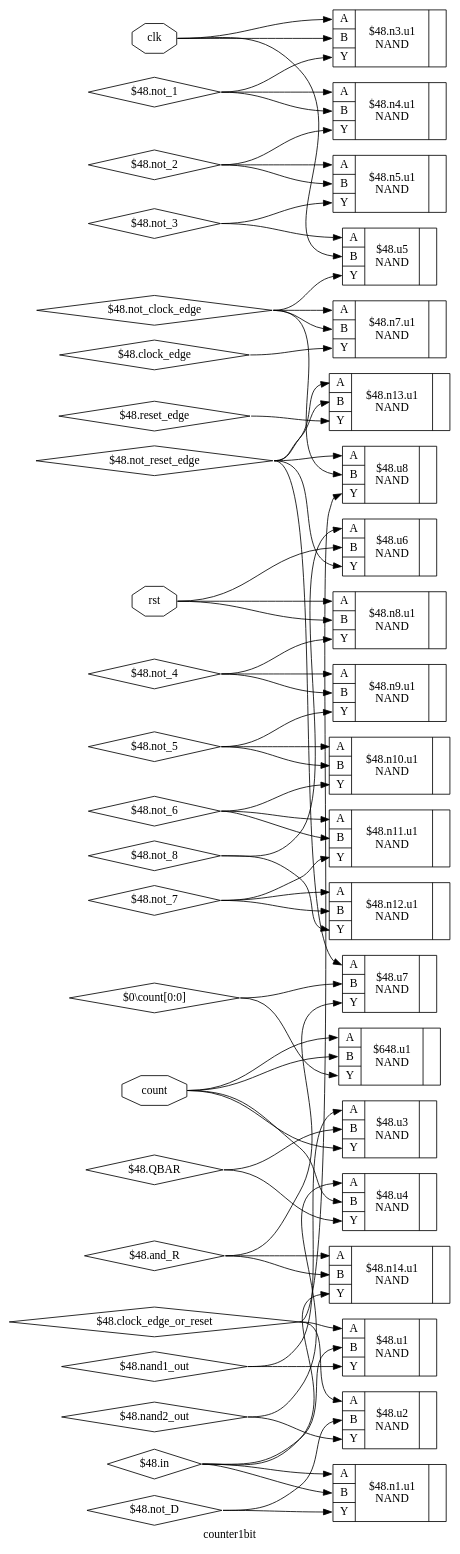
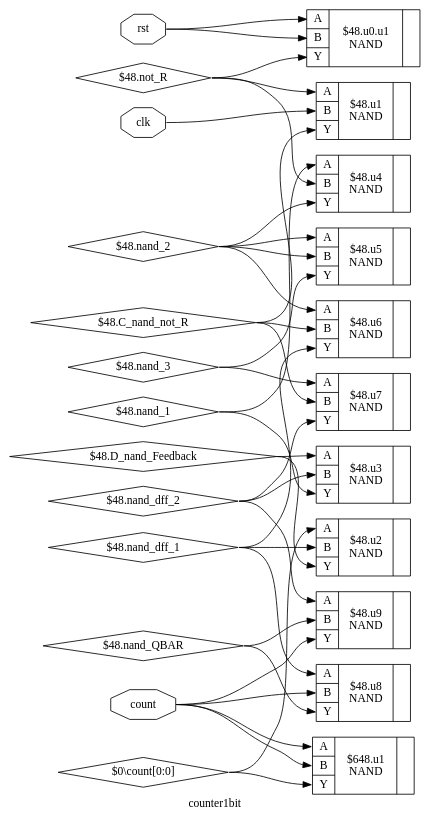
One commit to OuDret/OnlyNandYosysSynth changed the diagram in OnlyNandYosysSynth/output/counter1bit_netlist.dot. Above: the diagram before and after it, drawn with Graphviz. The commit also changed 23 other files, not shown here.

```diff
--- a/OnlyNandYosysSynth/output/counter1bit_netlist.dot
+++ b/OnlyNandYosysSynth/output/counter1bit_netlist.dot
@@ -1,112 +1,62 @@
 digraph "counter1bit" {
 label="counter1bit";
 rankdir="LR";
 remincross=true;
-n21 [ shape=octagon, label="clk", color="black", fontcolor="black" ];
-n22 [ shape=octagon, label="count", color="black", fontcolor="black" ];
-n23 [ shape=octagon, label="rst", color="black", fontcolor="black" ];
-c27 [ shape=record, label="{{<p24> A|<p25> B|<p26> Y}|$648.u1\nNAND|{}}" ];
-c28 [ shape=record, label="{{<p24> A|<p25> B|<p26> Y}|$48.n1.u1\nNAND|{}}" ];
-c29 [ shape=record, label="{{<p24> A|<p25> B|<p26> Y}|$48.n10.u1\nNAND|{}}" ];
-c30 [ shape=record, label="{{<p24> A|<p25> B|<p26> Y}|$48.n11.u1\nNAND|{}}" ];
-c31 [ shape=record, label="{{<p24> A|<p25> B|<p26> Y}|$48.n12.u1\nNAND|{}}" ];
-c32 [ shape=record, label="{{<p24> A|<p25> B|<p26> Y}|$48.n13.u1\nNAND|{}}" ];
-c33 [ shape=record, label="{{<p24> A|<p25> B|<p26> Y}|$48.n14.u1\nNAND|{}}" ];
-c34 [ shape=record, label="{{<p24> A|<p25> B|<p26> Y}|$48.n3.u1\nNAND|{}}" ];
-c35 [ shape=record, label="{{<p24> A|<p25> B|<p26> Y}|$48.n4.u1\nNAND|{}}" ];
-c36 [ shape=record, label="{{<p24> A|<p25> B|<p26> Y}|$48.n5.u1\nNAND|{}}" ];
-c37 [ shape=record, label="{{<p24> A|<p25> B|<p26> Y}|$48.n7.u1\nNAND|{}}" ];
-c38 [ shape=record, label="{{<p24> A|<p25> B|<p26> Y}|$48.n8.u1\nNAND|{}}" ];
-c39 [ shape=record, label="{{<p24> A|<p25> B|<p26> Y}|$48.n9.u1\nNAND|{}}" ];
-c40 [ shape=record, label="{{<p24> A|<p25> B|<p26> Y}|$48.u1\nNAND|{}}" ];
-c41 [ shape=record, label="{{<p24> A|<p25> B|<p26> Y}|$48.u2\nNAND|{}}" ];
-c42 [ shape=record, label="{{<p24> A|<p25> B|<p26> Y}|$48.u3\nNAND|{}}" ];
-c43 [ shape=record, label="{{<p24> A|<p25> B|<p26> Y}|$48.u4\nNAND|{}}" ];
-c44 [ shape=record, label="{{<p24> A|<p25> B|<p26> Y}|$48.u5\nNAND|{}}" ];
-c45 [ shape=record, label="{{<p24> A|<p25> B|<p26> Y}|$48.u6\nNAND|{}}" ];
-c46 [ shape=record, label="{{<p24> A|<p25> B|<p26> Y}|$48.u7\nNAND|{}}" ];
-c47 [ shape=record, label="{{<p24> A|<p25> B|<p26> Y}|$48.u8\nNAND|{}}" ];
+n11 [ shape=octagon, label="clk", color="black", fontcolor="black" ];
+n12 [ shape=octagon, label="count", color="black", fontcolor="black" ];
+n13 [ shape=octagon, label="rst", color="black", fontcolor="black" ];
+c17 [ shape=record, label="{{<p14> A|<p15> B|<p16> Y}|$648.u1\nNAND|{}}" ];
+c18 [ shape=record, label="{{<p14> A|<p15> B|<p16> Y}|$48.u0.u1\nNAND|{}}" ];
+c19 [ shape=record, label="{{<p14> A|<p15> B|<p16> Y}|$48.u1\nNAND|{}}" ];
+c20 [ shape=record, label="{{<p14> A|<p15> B|<p16> Y}|$48.u2\nNAND|{}}" ];
+c21 [ shape=record, label="{{<p14> A|<p15> B|<p16> Y}|$48.u3\nNAND|{}}" ];
+c22 [ shape=record, label="{{<p14> A|<p15> B|<p16> Y}|$48.u4\nNAND|{}}" ];
+c23 [ shape=record, label="{{<p14> A|<p15> B|<p16> Y}|$48.u5\nNAND|{}}" ];
+c24 [ shape=record, label="{{<p14> A|<p15> B|<p16> Y}|$48.u6\nNAND|{}}" ];
+c25 [ shape=record, label="{{<p14> A|<p15> B|<p16> Y}|$48.u7\nNAND|{}}" ];
+c26 [ shape=record, label="{{<p14> A|<p15> B|<p16> Y}|$48.u8\nNAND|{}}" ];
+c27 [ shape=record, label="{{<p14> A|<p15> B|<p16> Y}|$48.u9\nNAND|{}}" ];
 n1 [ shape=diamond, label="$0\\count[0:0]" ];
-n1:e -> c27:p26:w [color="black", label=""];
-n1:e -> c46:p25:w [color="black", label=""];
-n10 [ shape=diamond, label="$48.not_2" ];
-n10:e -> c35:p26:w [color="black", label=""];
-n10:e -> c36:p24:w [color="black", label=""];
-n10:e -> c36:p25:w [color="black", label=""];
-n11 [ shape=diamond, label="$48.not_3" ];
-n11:e -> c36:p26:w [color="black", label=""];
-n11:e -> c44:p24:w [color="black", label=""];
-n12 [ shape=diamond, label="$48.not_4" ];
-n12:e -> c38:p26:w [color="black", label=""];
-n12:e -> c39:p24:w [color="black", label=""];
-n12:e -> c39:p25:w [color="black", label=""];
-n13 [ shape=diamond, label="$48.not_5" ];
-n13:e -> c29:p24:w [color="black", label=""];
-n13:e -> c29:p25:w [color="black", label=""];
-n13:e -> c39:p26:w [color="black", label=""];
-n14 [ shape=diamond, label="$48.not_6" ];
-n14:e -> c29:p26:w [color="black", label=""];
-n14:e -> c30:p24:w [color="black", label=""];
-n14:e -> c30:p25:w [color="black", label=""];
-n15 [ shape=diamond, label="$48.not_7" ];
-n15:e -> c30:p26:w [color="black", label=""];
-n15:e -> c31:p24:w [color="black", label=""];
-n15:e -> c31:p25:w [color="black", label=""];
-n16 [ shape=diamond, label="$48.not_8" ];
-n16:e -> c31:p26:w [color="black", label=""];
-n16:e -> c45:p24:w [color="black", label=""];
-n17 [ shape=diamond, label="$48.not_D" ];
-n17:e -> c28:p26:w [color="black", label=""];
-n17:e -> c41:p25:w [color="black", label=""];
-n18 [ shape=diamond, label="$48.not_clock_edge" ];
-n18:e -> c37:p24:w [color="black", label=""];
-n18:e -> c37:p25:w [color="black", label=""];
-n18:e -> c44:p26:w [color="black", label=""];
-n18:e -> c47:p25:w [color="black", label=""];
-n19 [ shape=diamond, label="$48.not_reset_edge" ];
-n19:e -> c32:p24:w [color="black", label=""];
-n19:e -> c32:p25:w [color="black", label=""];
-n19:e -> c45:p26:w [color="black", label=""];
-n19:e -> c46:p24:w [color="black", label=""];
-n19:e -> c47:p24:w [color="black", label=""];
-n2 [ shape=diamond, label="$48.QBAR" ];
-n2:e -> c42:p25:w [color="black", label=""];
-n2:e -> c43:p26:w [color="black", label=""];
-n20 [ shape=diamond, label="$48.reset_edge" ];
-n20:e -> c32:p26:w [color="black", label=""];
-n21:e -> c34:p24:w [color="black", label=""];
-n21:e -> c34:p25:w [color="black", label=""];
-n21:e -> c44:p25:w [color="black", label=""];
-n22:e -> c27:p24:w [color="black", label=""];
-n22:e -> c27:p25:w [color="black", label=""];
-n22:e -> c42:p26:w [color="black", label=""];
-n22:e -> c43:p25:w [color="black", label=""];
-n23:e -> c38:p24:w [color="black", label=""];
-n23:e -> c38:p25:w [color="black", label=""];
-n23:e -> c45:p25:w [color="black", label=""];
-n3 [ shape=diamond, label="$48.and_R" ];
-n3:e -> c33:p24:w [color="black", label=""];
-n3:e -> c33:p25:w [color="black", label=""];
-n3:e -> c46:p26:w [color="black", label=""];
-n4 [ shape=diamond, label="$48.clock_edge" ];
-n4:e -> c37:p26:w [color="black", label=""];
-n5 [ shape=diamond, label="$48.clock_edge_or_reset" ];
-n5:e -> c40:p24:w [color="black", label=""];
-n5:e -> c41:p24:w [color="black", label=""];
-n5:e -> c47:p26:w [color="black", label=""];
-n6 [ shape=diamond, label="$48.in" ];
-n6:e -> c28:p24:w [color="black", label=""];
-n6:e -> c28:p25:w [color="black", label=""];
-n6:e -> c33:p26:w [color="black", label=""];
-n6:e -> c40:p25:w [color="black", label=""];
-n7 [ shape=diamond, label="$48.nand1_out" ];
-n7:e -> c40:p26:w [color="black", label=""];
-n7:e -> c42:p24:w [color="black", label=""];
-n8 [ shape=diamond, label="$48.nand2_out" ];
-n8:e -> c41:p26:w [color="black", label=""];
-n8:e -> c43:p24:w [color="black", label=""];
-n9 [ shape=diamond, label="$48.not_1" ];
-n9:e -> c34:p26:w [color="black", label=""];
-n9:e -> c35:p24:w [color="black", label=""];
-n9:e -> c35:p25:w [color="black", label=""];
+n1:e -> c17:p16:w [color="black", label=""];
+n1:e -> c20:p14:w [color="black", label=""];
+n10 [ shape=diamond, label="$48.not_R" ];
+n10:e -> c18:p16:w [color="black", label=""];
+n10:e -> c19:p14:w [color="black", label=""];
+n10:e -> c22:p15:w [color="black", label=""];
+n11:e -> c19:p15:w [color="black", label=""];
+n12:e -> c17:p14:w [color="black", label=""];
+n12:e -> c17:p15:w [color="black", label=""];
+n12:e -> c26:p15:w [color="black", label=""];
+n12:e -> c27:p16:w [color="black", label=""];
+n13:e -> c18:p14:w [color="black", label=""];
+n13:e -> c18:p15:w [color="black", label=""];
+n2 [ shape=diamond, label="$48.C_nand_not_R" ];
+n2:e -> c19:p16:w [color="black", label=""];
+n2:e -> c24:p15:w [color="black", label=""];
+n2:e -> c25:p15:w [color="black", label=""];
+n3 [ shape=diamond, label="$48.D_nand_Feedback" ];
+n3:e -> c20:p16:w [color="black", label=""];
+n3:e -> c21:p14:w [color="black", label=""];
+n4 [ shape=diamond, label="$48.nand_1" ];
+n4:e -> c21:p16:w [color="black", label=""];
+n4:e -> c22:p14:w [color="black", label=""];
+n5 [ shape=diamond, label="$48.nand_2" ];
+n5:e -> c22:p16:w [color="black", label=""];
+n5:e -> c23:p14:w [color="black", label=""];
+n5:e -> c23:p15:w [color="black", label=""];
+n5:e -> c24:p14:w [color="black", label=""];
+n6 [ shape=diamond, label="$48.nand_3" ];
+n6:e -> c23:p16:w [color="black", label=""];
+n6:e -> c25:p14:w [color="black", label=""];
+n7 [ shape=diamond, label="$48.nand_QBAR" ];
+n7:e -> c26:p16:w [color="black", label=""];
+n7:e -> c27:p15:w [color="black", label=""];
+n8 [ shape=diamond, label="$48.nand_dff_1" ];
+n8:e -> c20:p15:w [color="black", label=""];
+n8:e -> c24:p16:w [color="black", label=""];
+n8:e -> c26:p14:w [color="black", label=""];
+n9 [ shape=diamond, label="$48.nand_dff_2" ];
+n9:e -> c21:p15:w [color="black", label=""];
+n9:e -> c25:p16:w [color="black", label=""];
+n9:e -> c27:p14:w [color="black", label=""];
 }
```
